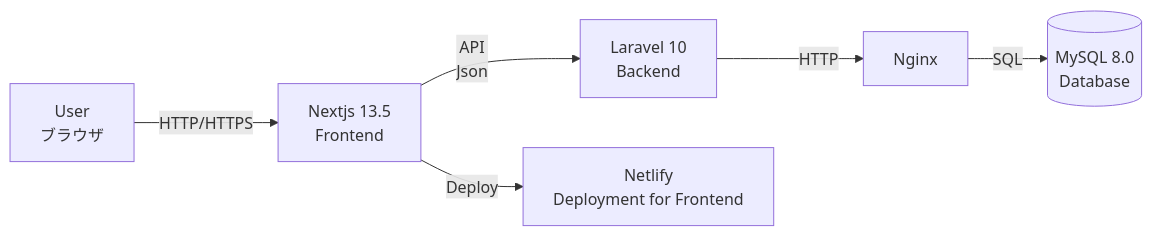
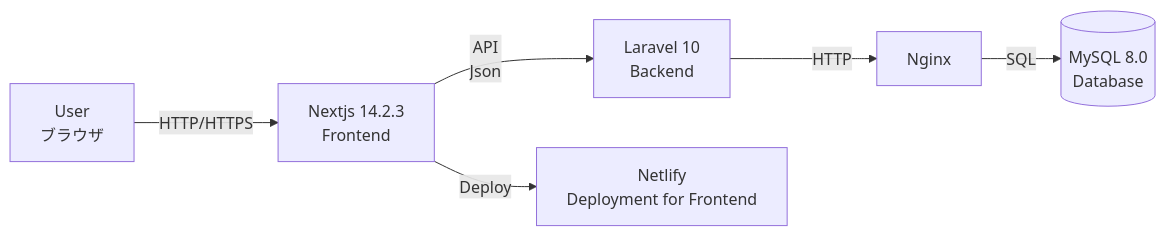
Before and after one commit to YNSTakeru/Iruka-Code: the sixth of 6 diagrams in documents/design.md, drawn with Mermaid.

Commit message:
Next.jsのバージョンを更新

````diff
--- a/documents/design.md
+++ b/documents/design.md
@@ -328,9 +328,9 @@
 ```mermaid
 graph LR
-    A[User\nブラウザ] -- HTTP/HTTPS --> B[Nextjs 13.5\nFrontend]
+    A[User\nブラウザ] -- HTTP/HTTPS --> B[Nextjs 14.2.3\nFrontend]
     B -- API\nJson --> C[Laravel 10\nBackend]
     C -- HTTP --> D[Nginx]
     D -- SQL --> E[(MySQL 8.0 \nDatabase)]
     G[Netlify\nDeployment for Frontend]
     B --Deploy --> G
 ```
````
